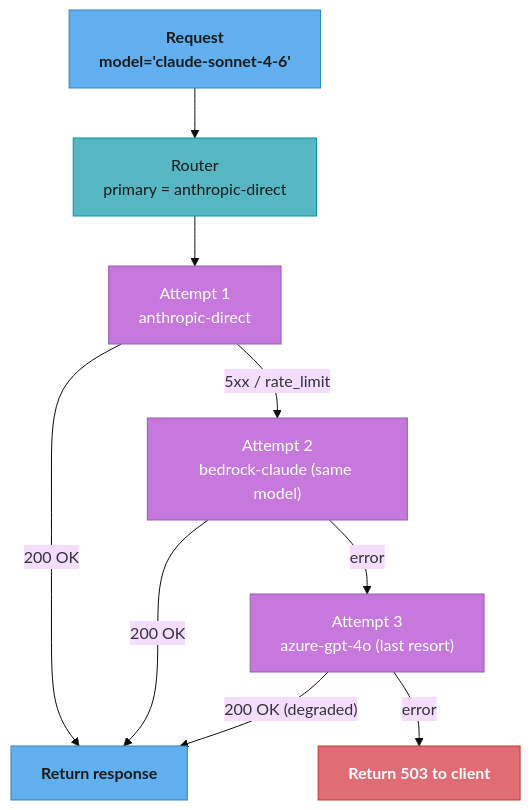
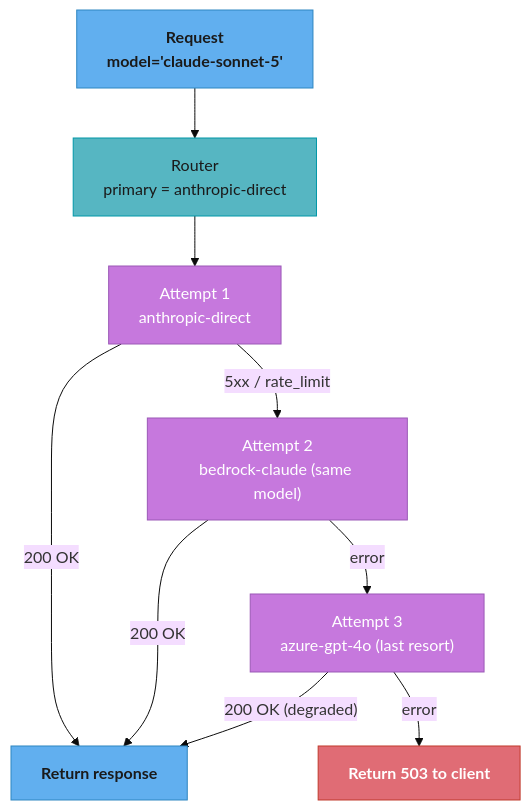
Before and after one commit to rppol/system-design: the second of 2 diagrams in src/main/java/com/rutik/systemdesign/llm/agentic_frameworks/litellm_routing.md, drawn with Mermaid (base theme). The commit also changed other lines of this file and 26 other files, not shown here.

````diff
--- a/src/main/java/com/rutik/systemdesign/llm/agentic_frameworks/litellm_routing.md
+++ b/src/main/java/com/rutik/systemdesign/llm/agentic_frameworks/litellm_routing.md
@@ -98,31 +98,31 @@
 ```mermaid
 flowchart TD
     classDef io      fill:#61afef,stroke:#2e86c1,color:#1a1a1a,font-weight:bold
     classDef frozen  fill:#c678dd,stroke:#9b59b6,color:#fff
     classDef train   fill:#98c379,stroke:#27ae60,color:#1a1a1a
     classDef mathOp  fill:#d19a66,stroke:#e67e22,color:#1a1a1a,font-weight:bold
     classDef lossN   fill:#e06c75,stroke:#c0392b,color:#fff,font-weight:bold
     classDef req     fill:#56b6c2,stroke:#0097a7,color:#1a1a1a
     classDef base    fill:#e5c07b,stroke:#f39c12,color:#1a1a1a
 
-    REQ["Request\nmodel='claude-sonnet-4-6'"]
+    REQ["Request\nmodel='claude-sonnet-5'"]
     RTR["Router\nprimary = anthropic-direct"]
     A1["Attempt 1\nanthropic-direct"]
     A2["Attempt 2\nbedrock-claude (same model)"]
     A3["Attempt 3\nazure-gpt-4o (last resort)"]
     OK["Return response"]
     ERR["Return 503 to client"]
 
     REQ --> RTR --> A1
     A1 -->|"200 OK"| OK
     A1 -->|"5xx / rate_limit"| A2
     A2 -->|"200 OK"| OK
     A2 -->|"error"| A3
     A3 -->|"200 OK (degraded)"| OK
     A3 -->|"error"| ERR
 
     class REQ,OK io
     class RTR req
     class A1,A2,A3 frozen
     class ERR lossN
 ```
````
